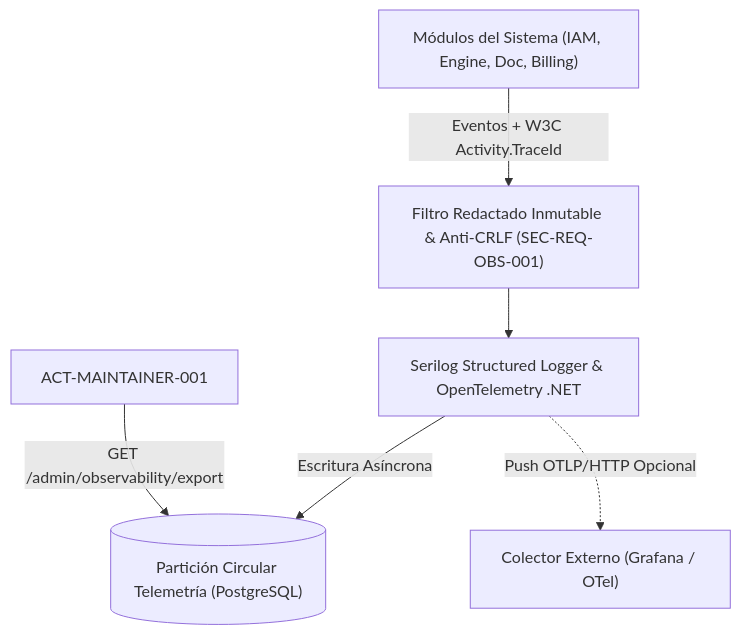
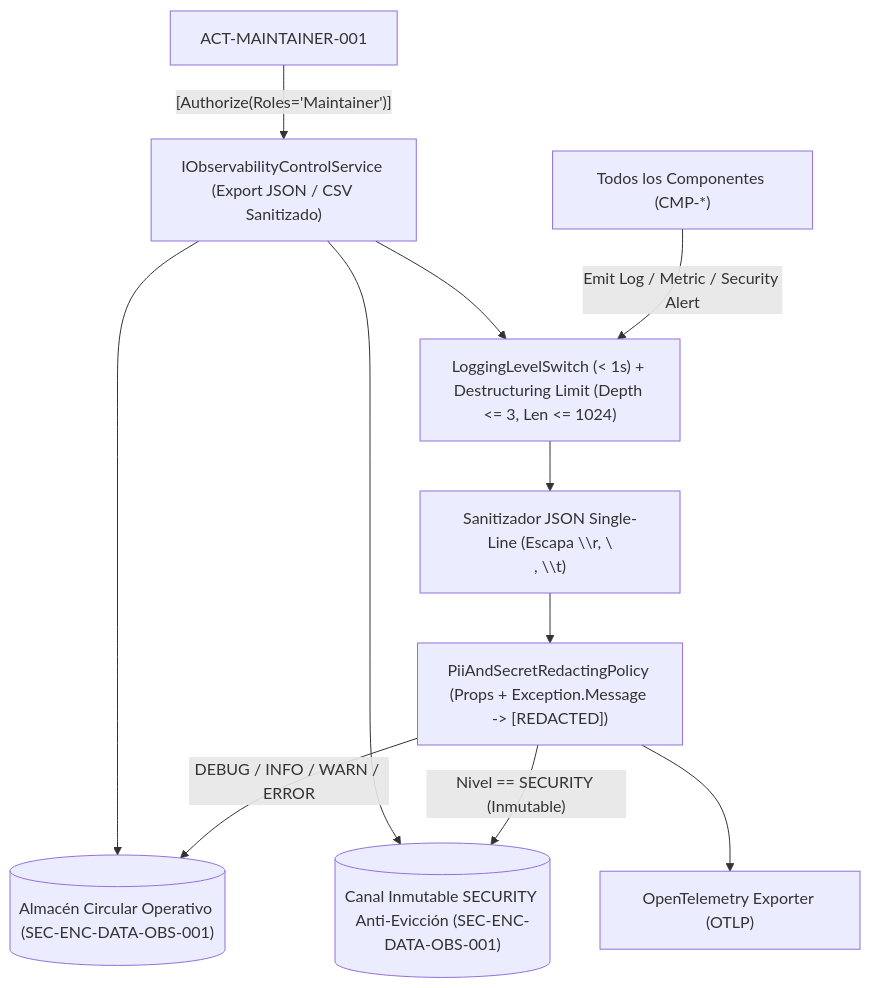
One commit to altromon/Escandallo changed the diagram in specs/architecture/components/cmp-obs-telemetry-001.md. Above: the diagram before and after it, drawn with Mermaid. The commit also changed other lines of this file and 125 other files, not shown here.

````diff
--- a/specs/architecture/components/cmp-obs-telemetry-001.md
+++ b/specs/architecture/components/cmp-obs-telemetry-001.md
@@ -50,8 +35,13 @@
 ```mermaid
 graph TD
-    Modules["Módulos del Sistema (IAM, Engine, Doc, Billing)"] -->|Eventos + W3C Activity.TraceId| Redactor["Filtro Redactado Inmutable & Anti-CRLF (SEC-REQ-OBS-001)"]
-    Redactor --> Logger["Serilog Structured Logger & OpenTelemetry .NET"]
-    Logger -->|Escritura Asíncrona| ObsDB[("Partición Circular Telemetría (PostgreSQL)")]
-    Logger -.->|Push OTLP/HTTP Opcional| ExtStack["Colector Externo (Grafana / OTel)"]
-    Maintainer["ACT-MAINTAINER-001"] -->|GET /admin/observability/export| ObsDB
+    Modules["Todos los Componentes (CMP-*)"] -->|"Emit Log / Metric / Security Alert"| Switch["LoggingLevelSwitch (< 1s) + Destructuring Limit (Depth <= 3, Len <= 1024)"]
+    Switch --> CrlfGuard["Sanitizador JSON Single-Line (Escapa \\r, \\n, \\t)"]
+    CrlfGuard --> Redactor["PiiAndSecretRedactingPolicy (Props + Exception.Message -> [REDACTED])"]
+    Redactor -->|"DEBUG / INFO / WARN / ERROR"| RingBuffer[("Almacén Circular Operativo (SEC-ENC-DATA-OBS-001)")]
+    Redactor -->|"Nivel == SECURITY (Inmutable)"| SecStore[("Canal Inmutable SECURITY Anti-Evicción (SEC-ENC-DATA-OBS-001)")]
+    Redactor --> OtlpSink["OpenTelemetry Exporter (OTLP)"]
+    Maintainer["ACT-MAINTAINER-001"] -->|"[Authorize(Roles='Maintainer')]"| ExportApi["IObservabilityControlService (Export JSON / CSV Sanitizado)"]
+    ExportApi --> RingBuffer
+    ExportApi --> SecStore
+    ExportApi --> Switch
 ```
````
